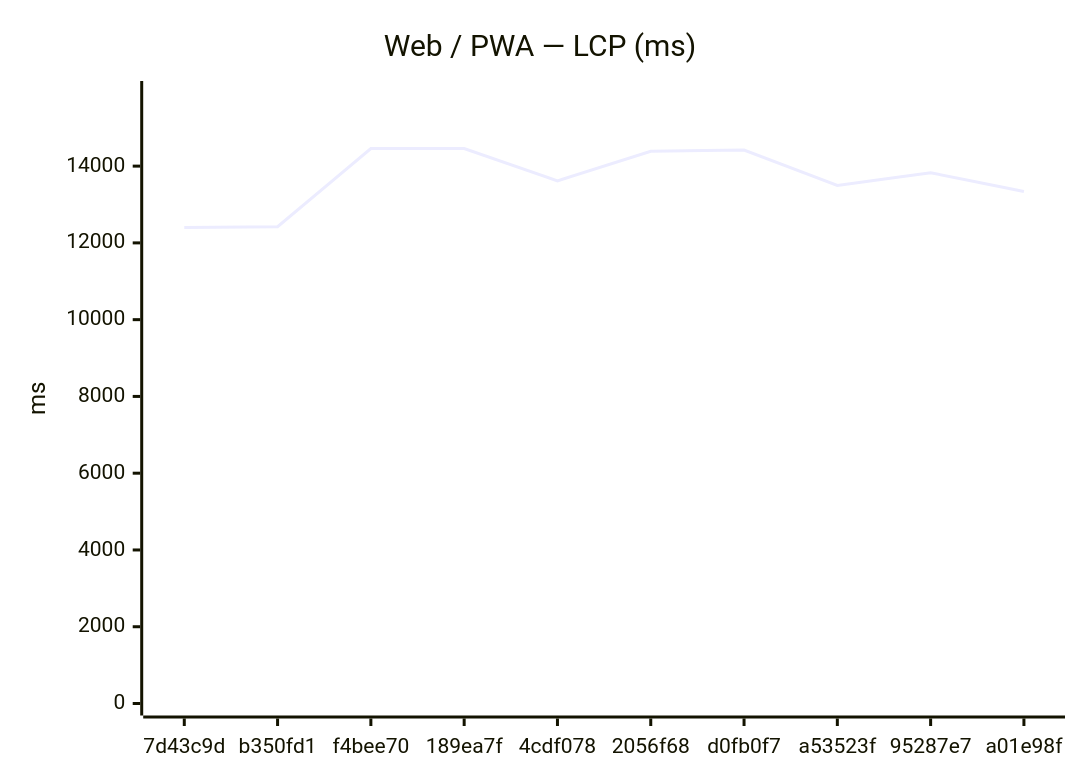
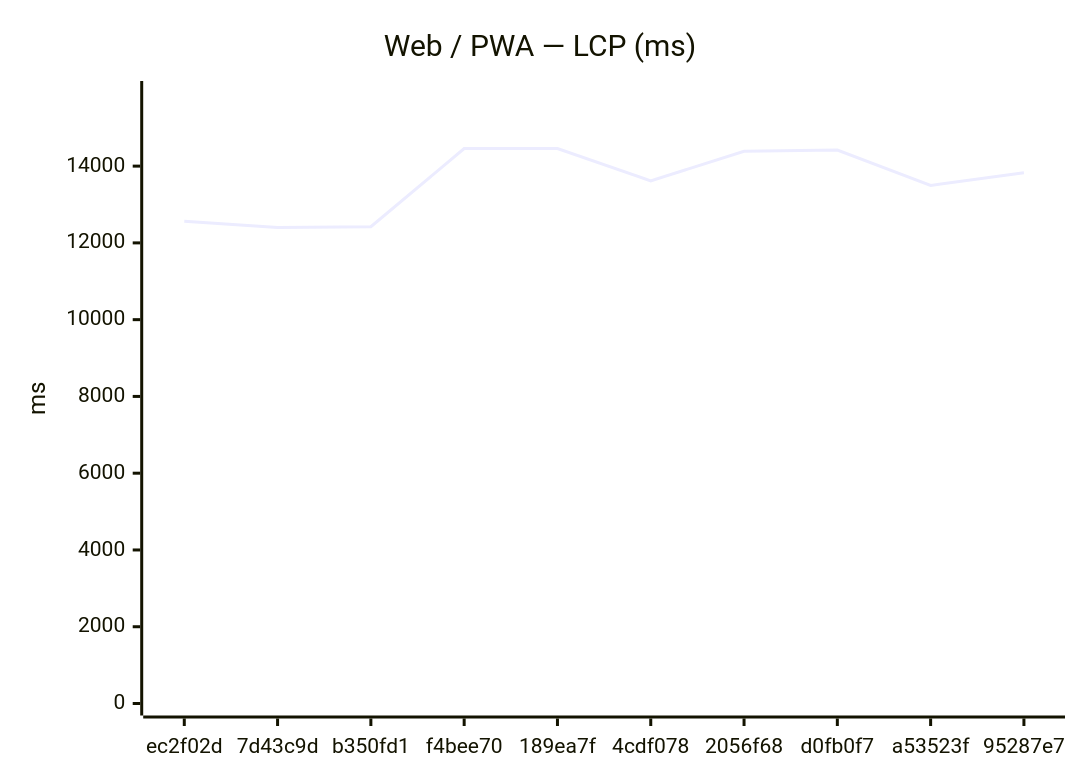
Before and after one commit to Metaheurist/Rianell: the first of 18 diagrams in benchmarks/compare.md, drawn with Mermaid. The commit also changed other lines of this file and 11 other files, not shown here.

````diff
--- a/benchmarks/compare.md
+++ b/benchmarks/compare.md
@@ -24,7 +24,7 @@
 ```mermaid
 xychart-beta
     title "Web / PWA — LCP (ms)"
-    x-axis ["7d43c9d", "b350fd1", "f4bee70", "189ea7f", "4cdf078", "2056f68", "d0fb0f7", "a53523f", "95287e7", "a01e98f"]
+    x-axis ["ec2f02d", "7d43c9d", "b350fd1", "f4bee70", "189ea7f", "4cdf078", "2056f68", "d0fb0f7", "a53523f", "95287e7"]
     y-axis "ms" 0 --> 15905
-    line [12399, 12420, 14457, 14459, 13617, 14386, 14419, 13497, 13828, 13339]
+    line [12566, 12399, 12420, 14457, 14459, 13617, 14386, 14419, 13497, 13828]
 ```
````
